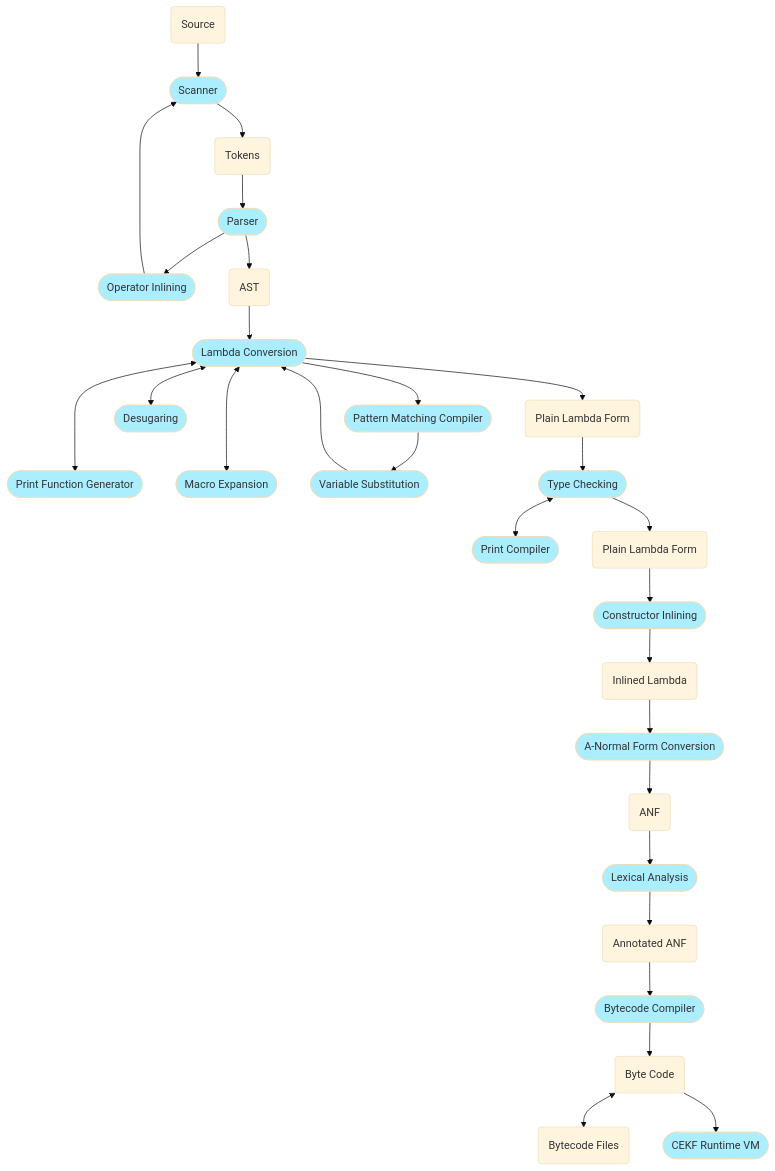
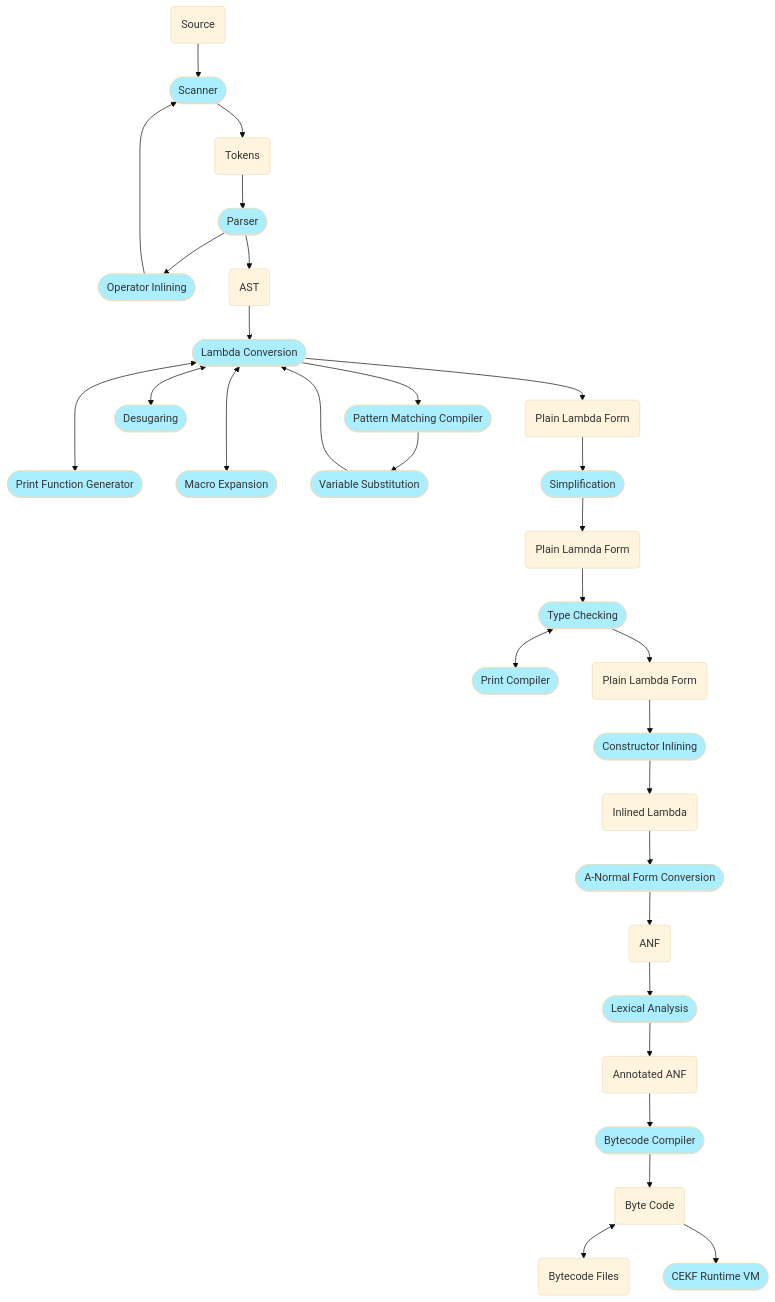
Before and after one commit to billhails/CEKF: the diagram in README.md, drawn with Mermaid (base theme). The commit also changed other lines of this file and 3 other files, not shown here.

````diff
--- a/README.md
+++ b/README.md
@@ -72,31 +72,33 @@
 ```mermaid
 flowchart TD
 classDef process fill:#aef;
 source(Source) -->
 scanner([Scanner]):::process -->
 tokens(Tokens) -->
 parser([Parser]):::process
 parser --> oi([Operator Inlining]):::process
 oi --> scanner
 parser --> ast(AST) -->
 lc([Lambda Conversion]):::process --> tpmc([Pattern Matching Compiler]):::process
 lc <---> pg([Print Function Generator]):::process
 lc <---> me([Macro Expansion]):::process
 tpmc --> vs([Variable Substitution]):::process
 vs --> lc
 lc <--> des([Desugaring]):::process
-lc --> lambda1(Plain Lambda Form)
+lc --> lambda0(Plain Lambda Form)
+lambda0 --> sim([Simplification]):::process
+sim --> lambda1(Plain Lamnda Form)
 lambda1 --> tc([Type Checking]):::process
 tc <--> pc([Print Compiler]):::process
 tc --> lambda2(Plain Lambda Form)
 lambda2 --> ci([Constructor Inlining]):::process
 ci --> lambda3(Inlined Lambda)
 lambda3 --> anfc([A-Normal Form Conversion]):::process
 anfc --> anf(ANF)
 anf --> lexa([Lexical Analysis]):::process
 lexa --> ann(Annotated ANF)
 ann --> bcc([Bytecode Compiler]):::process
 bcc --> bc(Byte Code)
 bc <--> bcf(Bytecode Files)
 bc --> cekf([CEKF Runtime VM]):::process
 ```
````
